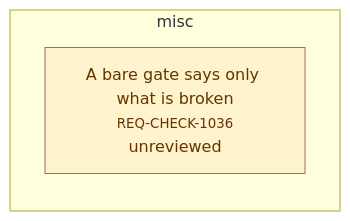
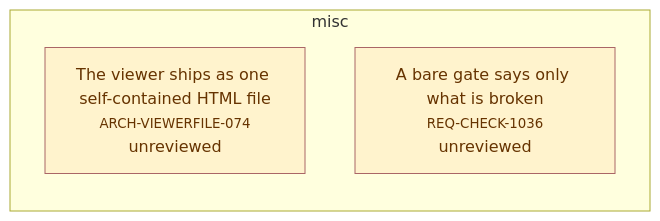
Before and after one commit to alxmax/Requirement-manager: the fourth of 4 diagrams in plugin/requirements/_map.md, drawn with Mermaid. The commit also changed other lines of this file and 20 other files, not shown here.

````diff
--- a/plugin/requirements/_map.md
+++ b/plugin/requirements/_map.md
@@ -1045,7 +1051,9 @@
 ```mermaid
 graph LR
   subgraph sg_misc["misc"]
+    ARCH_VIEWERFILE_074["The viewer ships as one self-contained HTML file<br><small>ARCH-VIEWERFILE-074</small><br>unreviewed"]
     REQ_CHECK_1036["A bare gate says only what is broken<br><small>REQ-CHECK-1036</small><br>unreviewed"]
   end
   style REQ_CHECK_1036 fill:#fff3cd,stroke:#a66,color:#630
+  style ARCH_VIEWERFILE_074 fill:#fff3cd,stroke:#a66,color:#630
 ```
````
